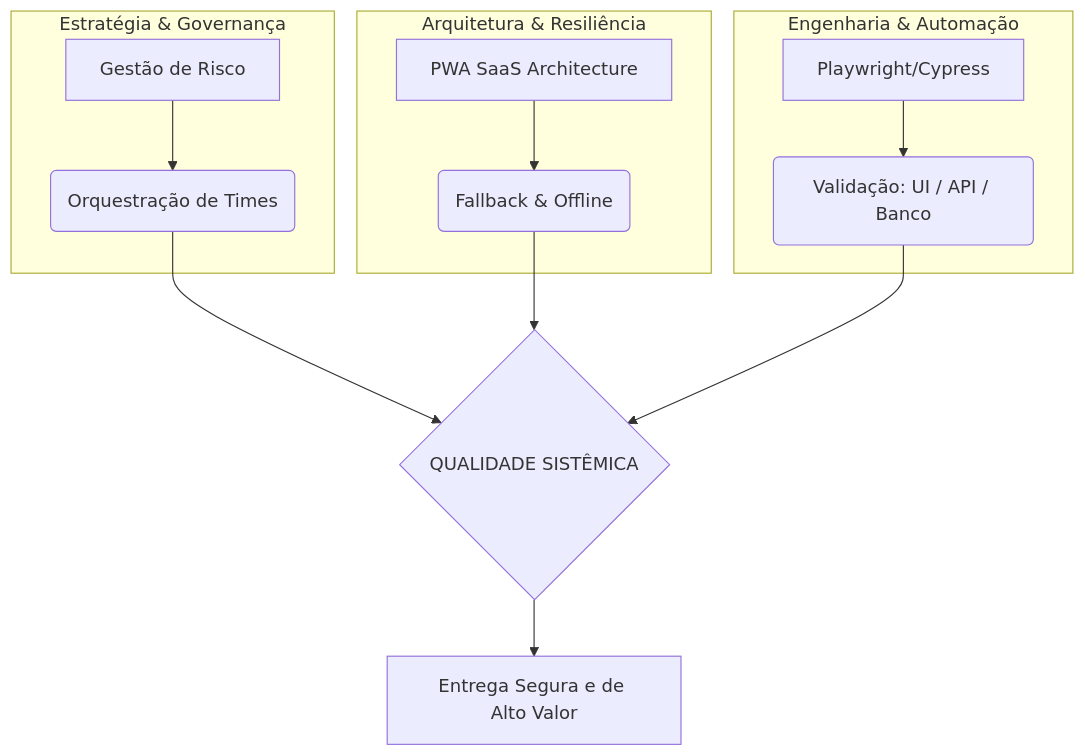
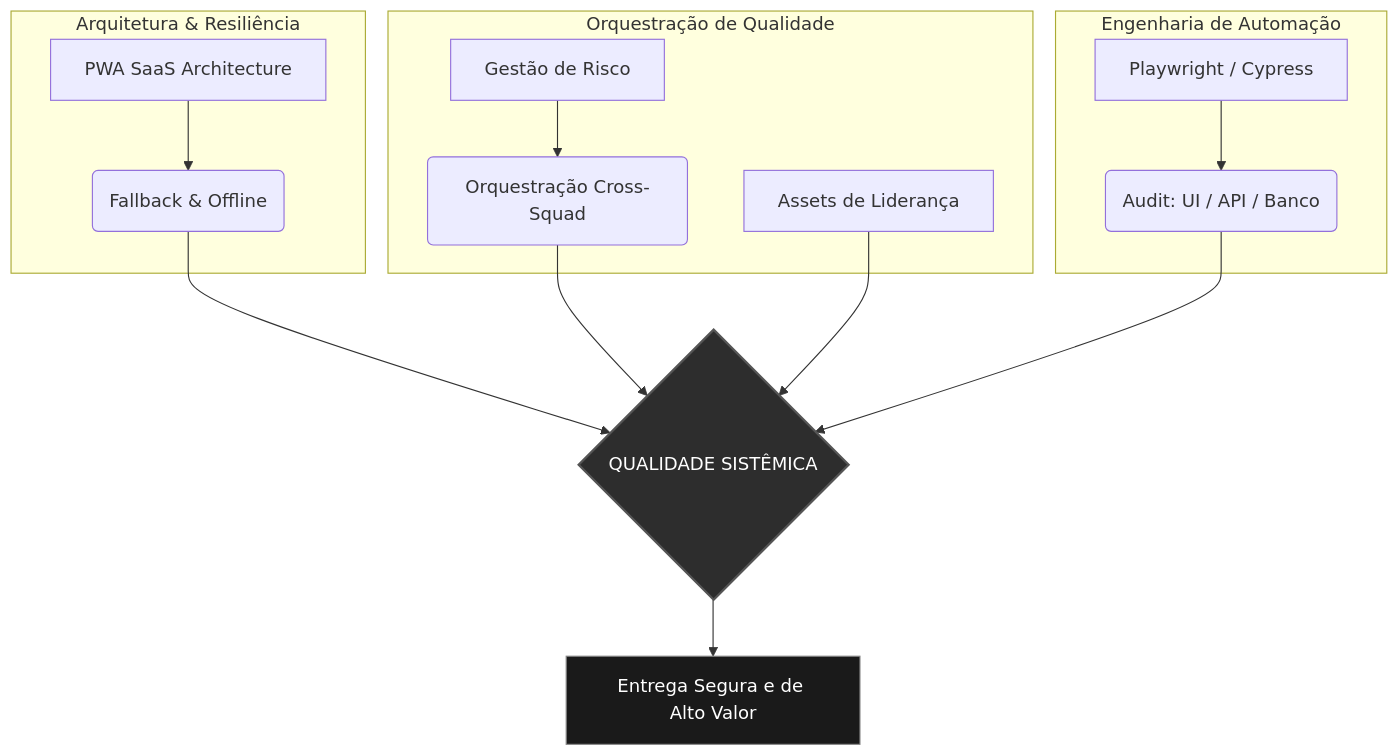
One commit to kassiorochas/system-quality-framework changed the diagram in README.md. Above: the diagram before and after it, drawn with Mermaid.

Commit message:
docs: sync root README diagram with Quality Orchestrator framework updates

````diff
--- a/README.md
+++ b/README.md
@@ -44,17 +44,21 @@
 ```mermaid
 flowchart TD
-    subgraph P1 [Estratégia & Governança]
-    A[Gestão de Risco] --> B(Orquestração de Times)
+    subgraph P1 [Orquestração de Qualidade]
+    A[Gestão de Risco] --> B(Orquestração Cross-Squad)
+    AA[Assets de Liderança]
     end
     
     subgraph P2 [Arquitetura & Resiliência]
     C[PWA SaaS Architecture] --> D(Fallback & Offline)
     end
     
-    subgraph P3 [Engenharia & Automação]
-    E[Playwright/Cypress] --> F(Validação: UI / API / Banco)
+    subgraph P3 [Engenharia de Automação]
+    E[Playwright / Cypress] --> F(Audit: UI / API / Banco)
     end
     
-    B & D & F --> G{QUALIDADE SISTÊMICA}
+    B & D & F & AA --> G{QUALIDADE SISTÊMICA}
     G --> H[Entrega Segura e de Alto Valor]
+
+    style G fill:#2d2d2d,stroke:#555,stroke-width:2px,color:#fff
+    style H fill:#1a1a1a,stroke:#888,color:#fff
 ```
````
